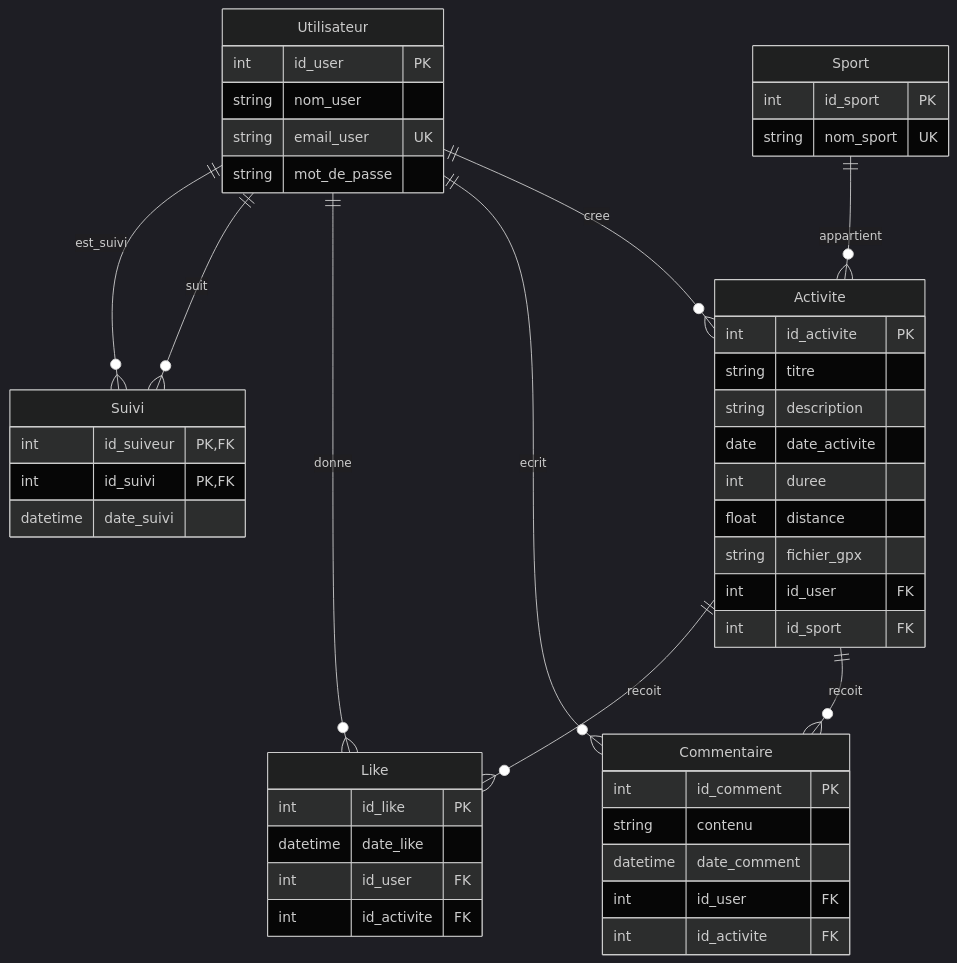
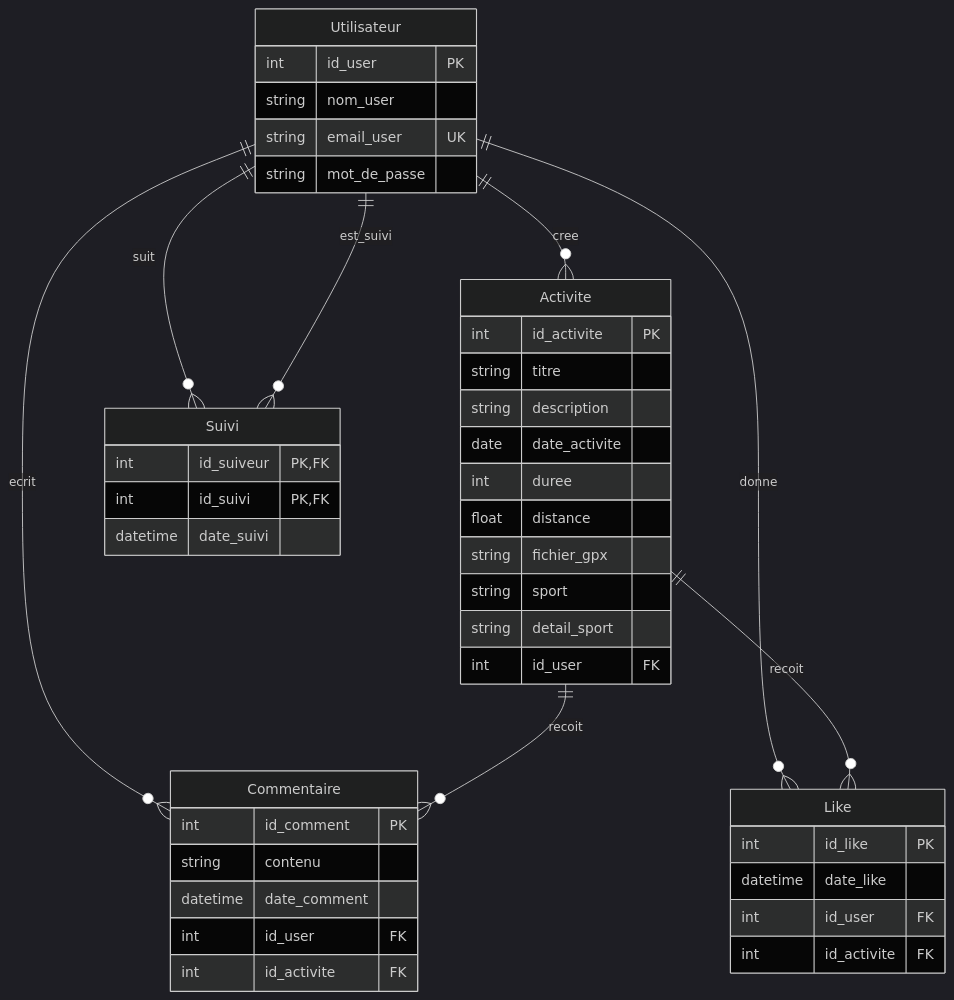
One commit to TeodoraHub/Info-2A-Strava changed the diagram in doc/modèle_physique_données.md. Above: the diagram before and after it, drawn with Mermaid (dark theme).

````diff
--- a/doc/modèle_physique_données.md
+++ b/doc/modèle_physique_données.md
@@ -2,62 +2,57 @@
 ```mermaid
 erDiagram
     Utilisateur {
         int id_user PK
         string nom_user
         string email_user UK
         string mot_de_passe
-    }
-    
-    Sport {
-        int id_sport PK
-        string nom_sport UK
     }
 
     Activite {
         int id_activite PK
         string titre
         string description
         date date_activite
         int duree
         float distance
         string fichier_gpx
+        string sport
+        string detail_sport
         int id_user FK
-        int id_sport FK
     }
     
     Commentaire {
         int id_comment PK
         string contenu
         datetime date_comment
         int id_user FK
         int id_activite FK
     }
     
     Like {
         int id_like PK
         datetime date_like
         int id_user FK
         int id_activite FK
     }
     
     Suivi {
         int id_suiveur PK,FK
         int id_suivi PK,FK
         datetime date_suivi
     }
     
    
     %% Relations principales
     Utilisateur ||--o{ Activite : cree
-    Sport ||--o{ Activite : appartient
     
     %% Relations d'interaction
     Utilisateur ||--o{ Commentaire : ecrit
     Utilisateur ||--o{ Like : donne
     Activite ||--o{ Commentaire : recoit
     Activite ||--o{ Like : recoit
     
     %% Relations de suivi et statistiques
     Utilisateur ||--o{ Suivi : suit
     Utilisateur ||--o{ Suivi : est_suivi
 ```
````
